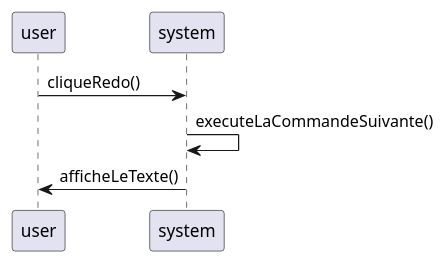
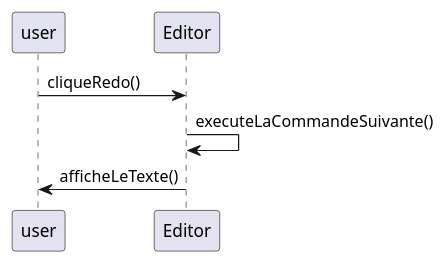
One commit to kiurow590/ESIR2_OMD_Project_Editor changed the diagram in UMLDiag/v2/SequenceRedo.puml. Above: the diagram before and after it, drawn with PlantUML. The commit also changed 2 other files, not shown here.

```diff
--- a/UMLDiag/v2/SequenceRedo.puml
+++ b/UMLDiag/v2/SequenceRedo.puml
@@ -1,6 +1,6 @@
 @startuml
 'https://plantuml.com/sequence-diagram
-user -> system: cliqueRedo()
-system -> system: executeLaCommandeSuivante()
-system -> user: afficheLeTexte()
+user -> Editor: cliqueRedo()
+Editor -> Editor: executeLaCommandeSuivante()
+Editor -> user: afficheLeTexte()
 @enduml
```
